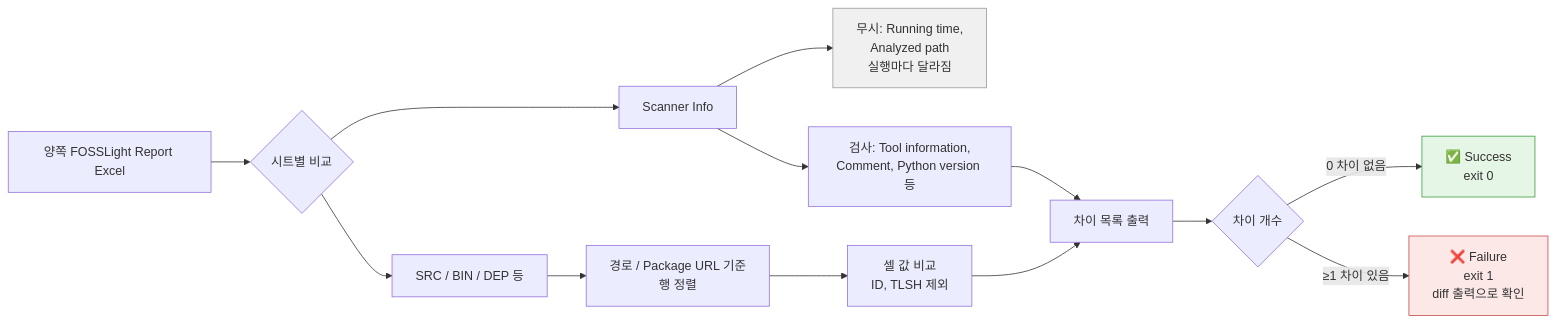
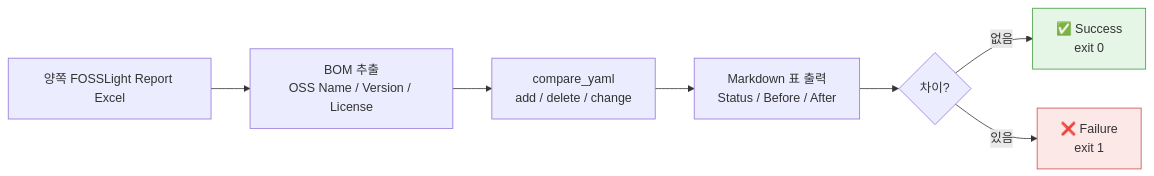
Before and after one commit to fosslight/fosslight_scanner_test: the third of 3 diagrams in docs/flowchart.md, drawn with Mermaid. The commit also changed other lines of this file and 7 other files, not shown here.

First line of the commit message:
Use fosslight compare BOM results as the primary comparison table output.

````diff
--- a/docs/flowchart.md
+++ b/docs/flowchart.md
@@ -94,24 +94,12 @@
 ```mermaid
 flowchart LR
-    Excel[양쪽 FOSSLight Report Excel] --> Sheets{시트별 비교}
+    Excel[양쪽 FOSSLight Report Excel] --> Bom[BOM 추출<br/>OSS Name / Version / License]
+    Bom --> Cmp[compare_yaml<br/>add / delete / change]
+    Cmp --> Table["Markdown 표 출력<br/>Status / Before / After"]
+    Table --> Out{차이?}
+    Out -->|없음| OK["✅ Success<br/>exit 0"]
+    Out -->|있음| NG["❌ Failure<br/>exit 1"]
 
-    Sheets --> Info[Scanner Info]
-    Sheets --> Data[SRC / BIN / DEP 등]
-
-    Info --> Ignore["무시: Running time,<br/>Analyzed path<br/>실행마다 달라짐"]
-    Info --> Check["검사: Tool information,<br/>Comment, Python version 등"]
-
-    Data --> Align[경로 / Package URL 기준<br/>행 정렬]
-    Align --> Cell[셀 값 비교<br/>ID, TLSH 제외]
-
-    Check --> Diff[차이 목록 출력]
-    Cell --> Diff
-
-    Diff --> Out{차이 개수}
-    Out -->|0 차이 없음| OK["✅ Success<br/>exit 0"]
-    Out -->|≥1 차이 있음| NG["❌ Failure<br/>exit 1<br/>diff 출력으로 확인"]
-
-    style Ignore fill:#f0f0f0,stroke:#999
     style OK fill:#e6f6e6,stroke:#3a9a3a
     style NG fill:#fde8e8,stroke:#c84a4a
 ```
````
